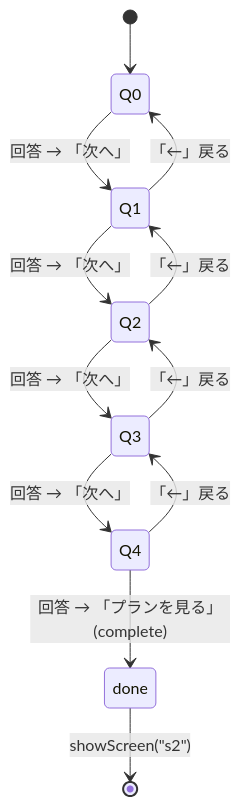
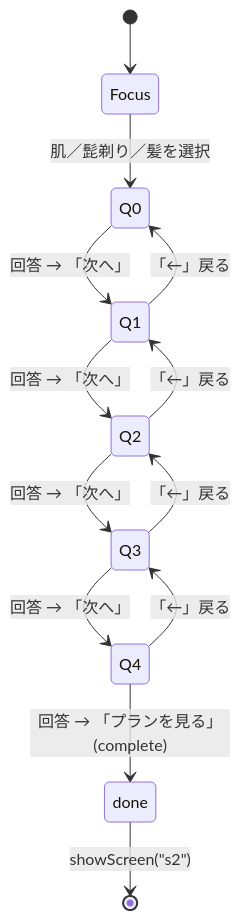
One commit to itiwoja/tazimagumi_dev_team changed the second of 2 diagrams in docs/design/画面遷移図_v1.0.md. Above: the diagram before and after it, drawn with Mermaid. The commit also changed other lines of this file and 11 other files, not shown here.

````diff
--- a/docs/design/画面遷移図_v1.0.md
+++ b/docs/design/画面遷移図_v1.0.md
@@ -60,16 +60,17 @@
 ```mermaid
 stateDiagram-v2
-    [*] --> Q0
+    [*] --> Focus
+    Focus --> Q0 : 肌／髭剃り／髪を選択
     Q0 --> Q1 : 回答 → 「次へ」
     Q1 --> Q2 : 回答 → 「次へ」
     Q2 --> Q3 : 回答 → 「次へ」
     Q3 --> Q4 : 回答 → 「次へ」
     Q4 --> done : 回答 → 「プランを見る」(complete)
 
     Q1 --> Q0 : 「←」戻る
     Q2 --> Q1 : 「←」戻る
     Q3 --> Q2 : 「←」戻る
     Q4 --> Q3 : 「←」戻る
 
     done --> [*] : showScreen("s2")
 ```
````
